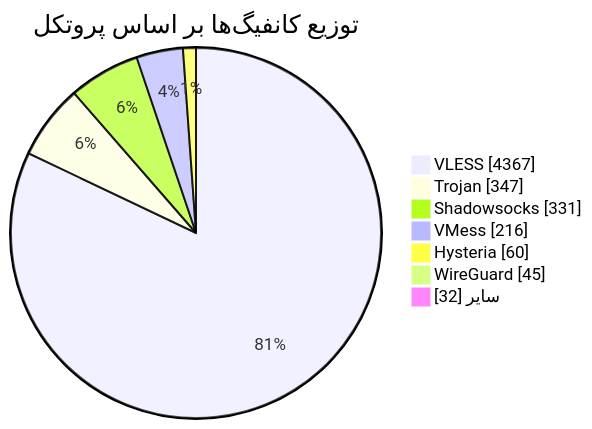
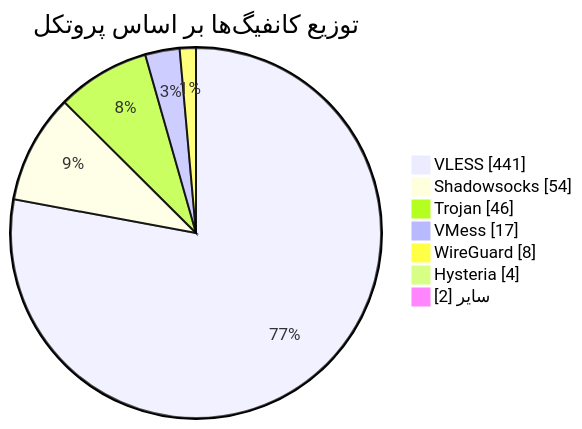
One commit to Arian-Alijani/Somthing changed the diagram in README.md. Above: the diagram before and after it, drawn with Mermaid. The commit also changed other lines of this file and 161 other files, not shown here.

````diff
--- a/README.md
+++ b/README.md
@@ -49,11 +49,11 @@
 ```mermaid
 pie showData
     title توزیع کانفیگ‌ها بر اساس پروتکل
-    "VLESS" : 4367
-    "Trojan" : 347
-    "Shadowsocks" : 331
-    "VMess" : 216
-    "Hysteria" : 60
-    "WireGuard" : 45
-    "سایر" : 32
+    "VLESS" : 441
+    "Shadowsocks" : 54
+    "Trojan" : 46
+    "VMess" : 17
+    "WireGuard" : 8
+    "Hysteria" : 4
+    "سایر" : 2
 ```
````
